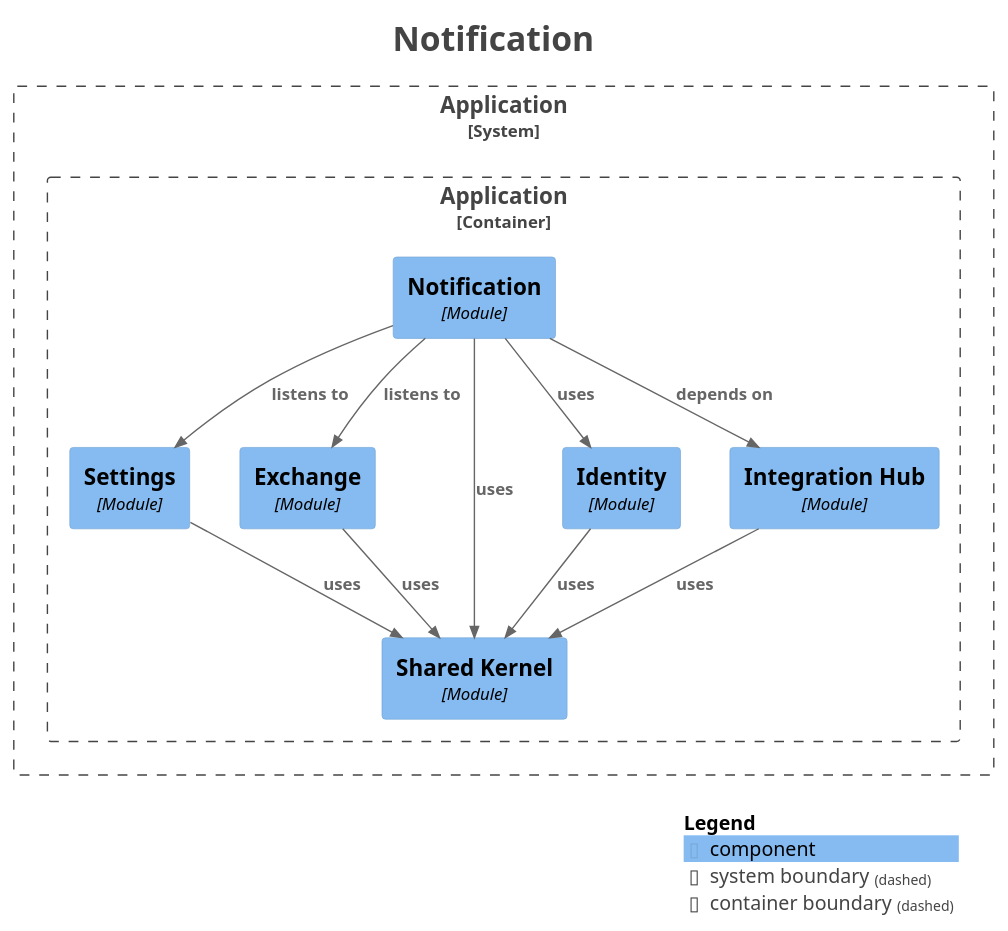
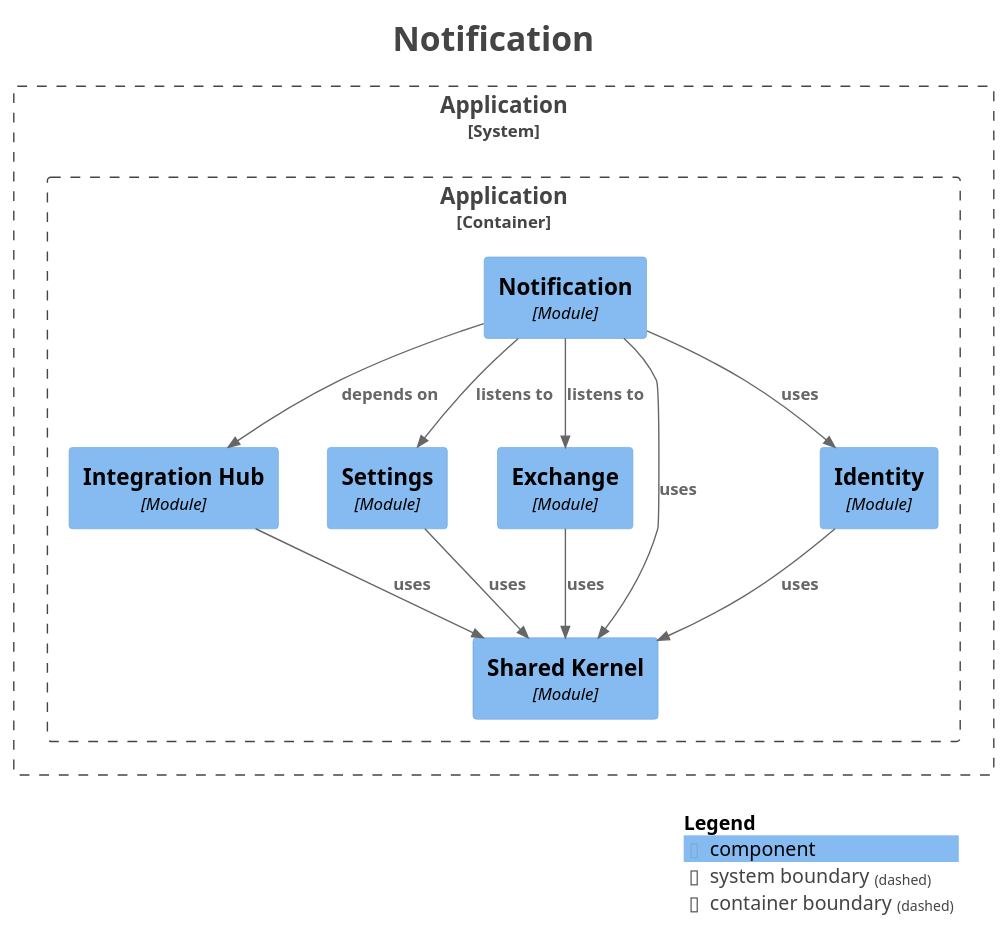
Before and after one commit to Paul-Ayesiga/enterprise-modulith-template: the diagram in docs/modulith/module-notification.puml, drawn with PlantUML. The commit also changed other lines of this file and 36 other files, not shown here.

```diff
--- a/docs/modulith/module-notification.puml
+++ b/docs/modulith/module-notification.puml
@@ -1,42 +1,42 @@
 @startuml
 title <size:24>Notification</size>
 
 set separator none
 top to bottom direction
 
 <style>
   root {
     BackgroundColor: #ffffff
     FontColor: #444444
   }
 </style>
 
 !include <C4/C4>
 !include <C4/C4_Context>
 !include <C4/C4_Component>
 
 System_Boundary("Application_boundary", "Application", $tags="") {
   Container_Boundary("Application.Application_boundary", "Application", $tags="") {
+    Component(Application.Application.IntegrationHub, "Integration Hub", $techn="Module", $descr="", $tags="", $link="")
     Component(Application.Application.Settings, "Settings", $techn="Module", $descr="", $tags="", $link="")
     Component(Application.Application.Exchange, "Exchange", $techn="Module", $descr="", $tags="", $link="")
     Component(Application.Application.Notification, "Notification", $techn="Module", $descr="", $tags="", $link="")
     Component(Application.Application.SharedKernel, "Shared Kernel", $techn="Module", $descr="", $tags="", $link="")
     Component(Application.Application.Identity, "Identity", $techn="Module", $descr="", $tags="", $link="")
-    Component(Application.Application.IntegrationHub, "Integration Hub", $techn="Module", $descr="", $tags="", $link="")
   }
 
 }
 
 Rel(Application.Application.Identity, Application.Application.SharedKernel, "uses", $techn="", $tags="", $link="")
 Rel(Application.Application.Exchange, Application.Application.SharedKernel, "uses", $techn="", $tags="", $link="")
 Rel(Application.Application.Notification, Application.Application.Exchange, "listens to", $techn="", $tags="", $link="")
 Rel(Application.Application.Notification, Application.Application.Settings, "listens to", $techn="", $tags="", $link="")
 Rel(Application.Application.Notification, Application.Application.IntegrationHub, "depends on", $techn="", $tags="", $link="")
 Rel(Application.Application.Notification, Application.Application.SharedKernel, "uses", $techn="", $tags="", $link="")
 Rel(Application.Application.Notification, Application.Application.Identity, "uses", $techn="", $tags="", $link="")
+Rel(Application.Application.IntegrationHub, Application.Application.SharedKernel, "uses", $techn="", $tags="", $link="")
 Rel(Application.Application.Settings, Application.Application.SharedKernel, "uses", $techn="", $tags="", $link="")
-Rel(Application.Application.IntegrationHub, Application.Application.SharedKernel, "uses", $techn="", $tags="", $link="")
 
 SHOW_LEGEND(true)
 hide stereotypes
 @enduml
```
